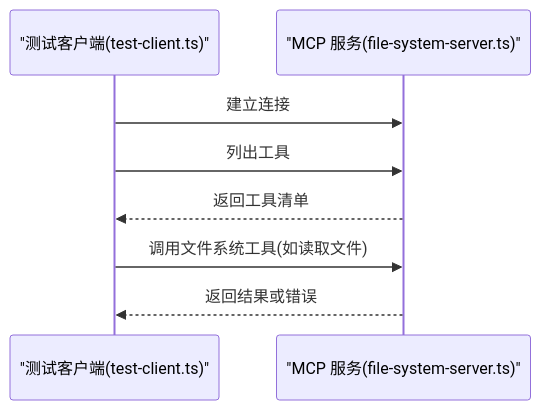
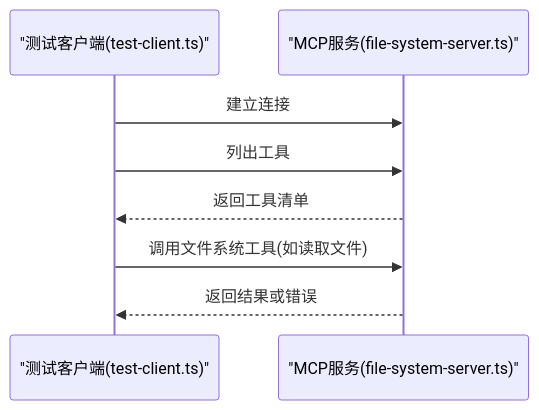
Before and after one commit to Leslie-Chuan/classic-example: the sixth of 7 diagrams in .qoder/repowiki/zh/content/项目概览.md, drawn with Mermaid. The commit also changed other lines of this file and 45 other files, not shown here.

````diff
--- a/.qoder/repowiki/zh/content/项目概览.md
+++ b/.qoder/repowiki/zh/content/项目概览.md
@@ -245,10 +268,10 @@
 ```mermaid
 sequenceDiagram
 participant T as "测试客户端(test-client.ts)"
-participant S as "MCP 服务(file-system-server.ts)"
+participant S as "MCP服务(file-system-server.ts)"
 T->>S : 建立连接
 T->>S : 列出工具
 S-->>T : 返回工具清单
 T->>S : 调用文件系统工具(如读取文件)
 S-->>T : 返回结果或错误
 ```
````
